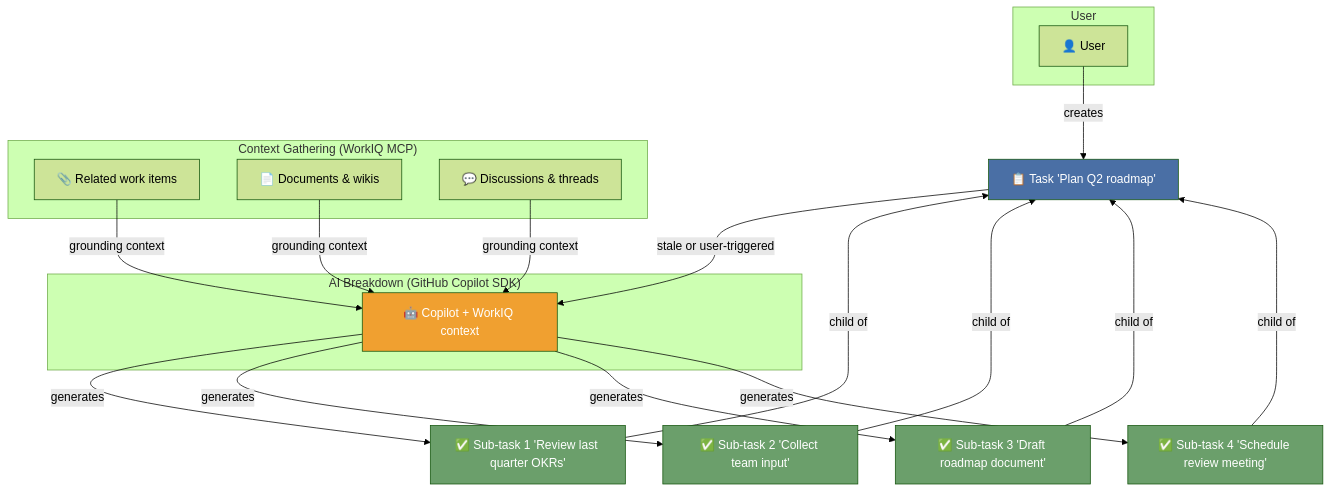
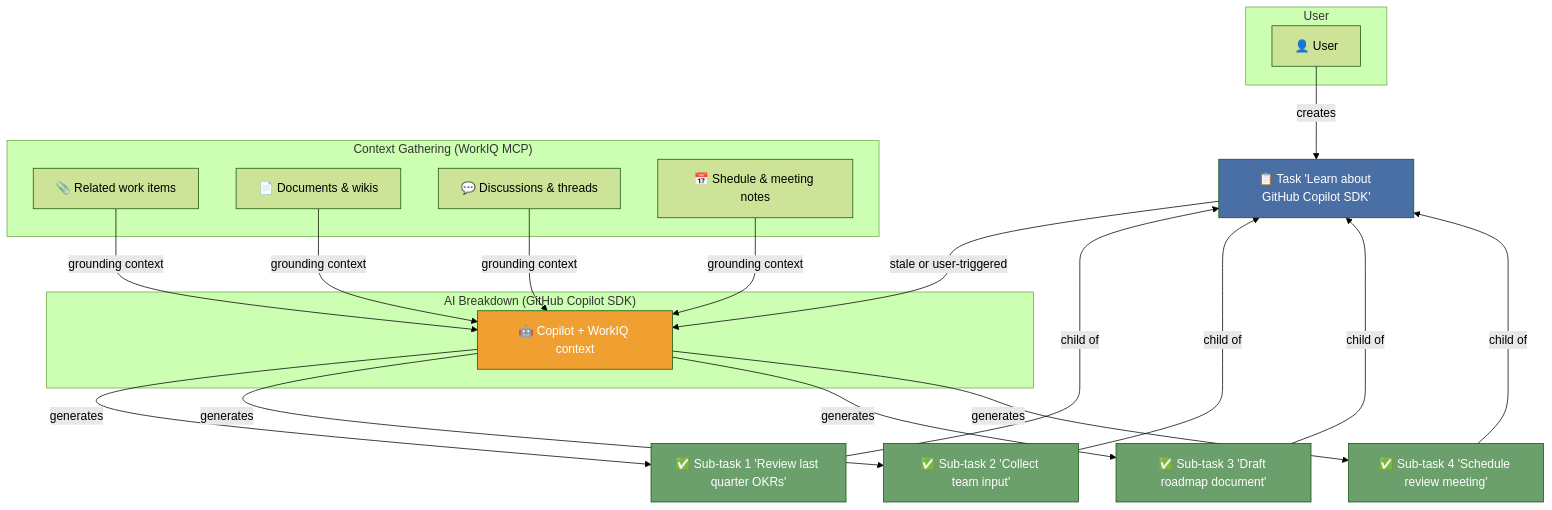
The diagram in readme.md (shunkino/task-breaker), drawn with Mermaid (forest theme) before and after one commit. The commit also changed other lines of this file, not shown here.

Commit message:
Improved user flow explanation

````diff
--- a/readme.md
+++ b/readme.md
@@ -51,35 +35,36 @@
 ```mermaid
 flowchart TD
     subgraph User
         U["👤 User"]
     end
 
-    U -- "creates" --> T0["📋 Task 'Plan Q2 roadmap'"]
+    U -- "creates" --> T0["📋 Task 'Learn about GitHub Copilot SDK'"]
 
     subgraph Context ["Context Gathering (WorkIQ MCP)"]
         W1["📎 Related work items"]
         W2["📄 Documents & wikis"]
         W3["💬 Discussions & threads"]
+        W4["📅 Shedule & meeting notes"]
     end
 
     subgraph AI ["AI Breakdown (GitHub Copilot SDK)"]
         COP["🤖 Copilot + WorkIQ context"]
     end
 
     T0 -- "stale or user-triggered" --> COP
-    W1 & W2 & W3 -- "grounding context" --> COP
+    W1 & W2 & W3 & W4 -- "grounding context" --> COP
 
     COP -- "generates" --> T1["✅ Sub-task 1 'Review last quarter OKRs'"]
     COP -- "generates" --> T2["✅ Sub-task 2 'Collect team input'"]
     COP -- "generates" --> T3["✅ Sub-task 3 'Draft roadmap document'"]
     COP -- "generates" --> T4["✅ Sub-task 4 'Schedule review meeting'"]
 
     T1 & T2 & T3 & T4 -- "child of" --> T0
 
     style T0 fill:#4a6fa5,color:#fff
     style T1 fill:#6b9f6b,color:#fff
     style T2 fill:#6b9f6b,color:#fff
     style T3 fill:#6b9f6b,color:#fff
     style T4 fill:#6b9f6b,color:#fff
     style COP fill:#f0a030,color:#fff
 ```
````
